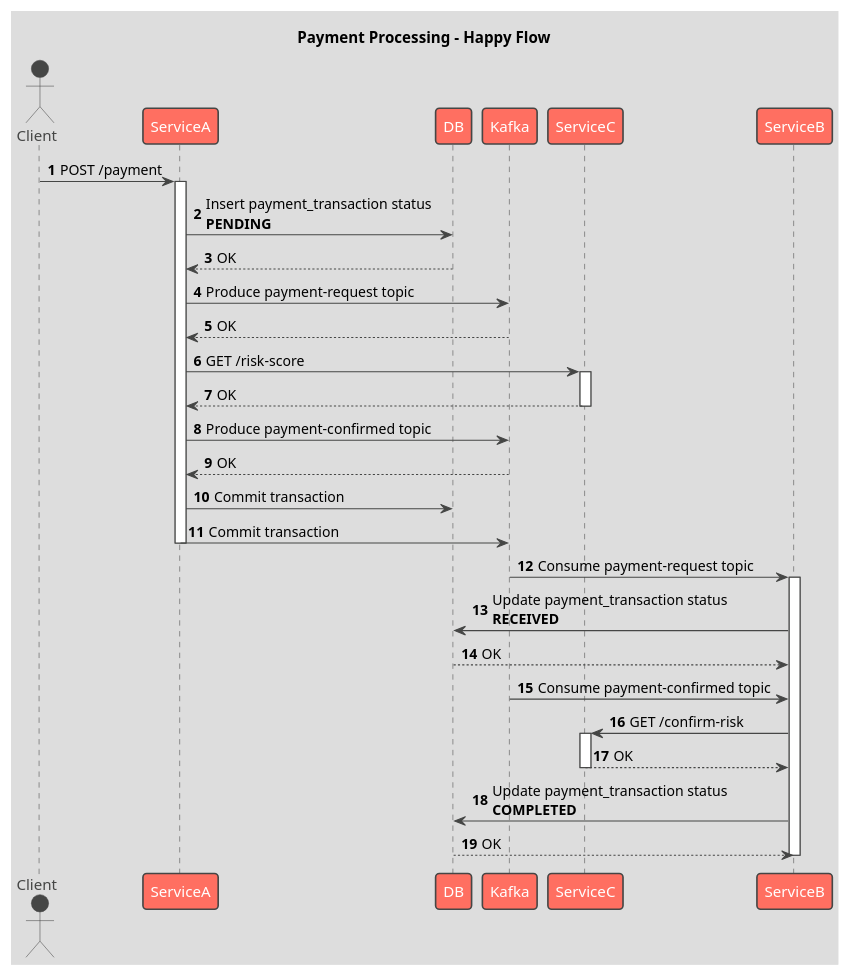
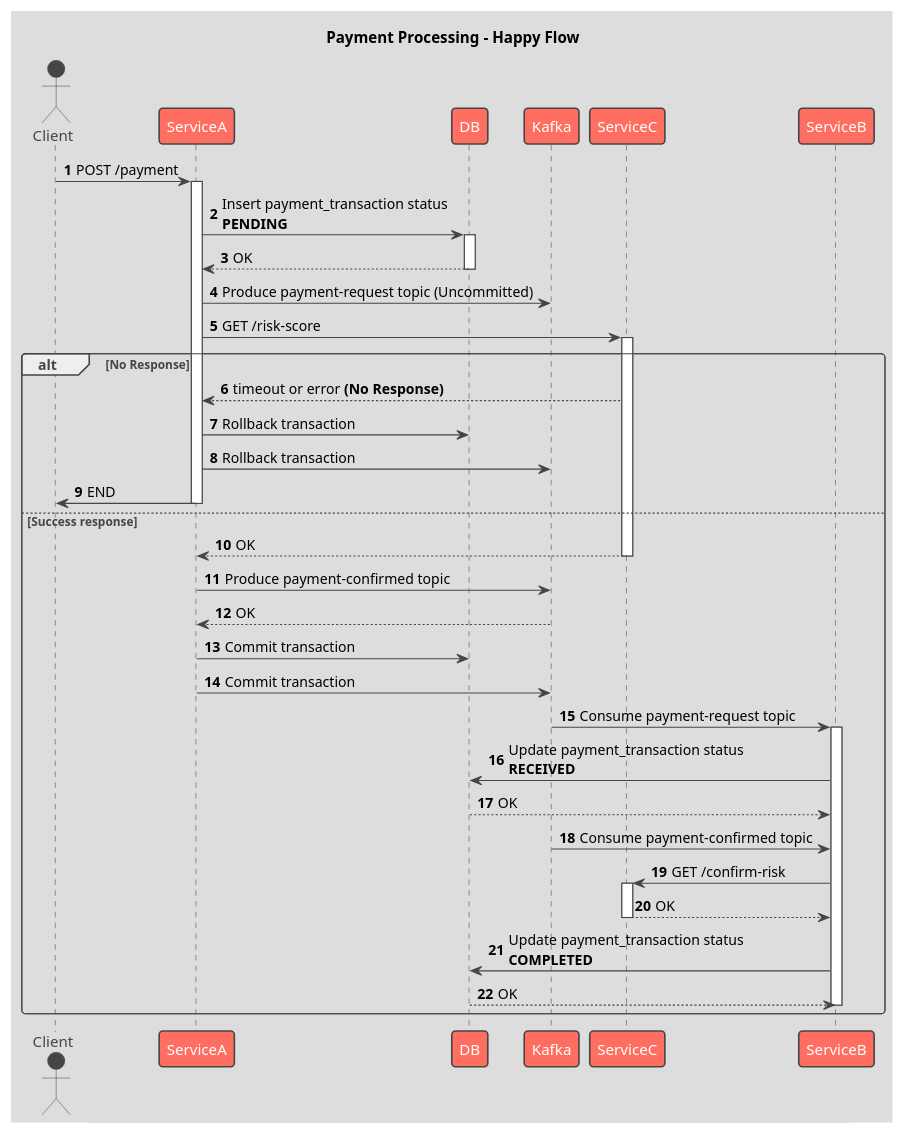
The diagram in library-service-producer/src/main/resources/happy-flow.plantuml (norulshahlam/spring-boot-kafka-tutorials), drawn with PlantUML before and after one commit.

Commit message:
transactions in db

```diff
--- a/library-service-producer/src/main/resources/happy-flow.plantuml
+++ b/library-service-producer/src/main/resources/happy-flow.plantuml
@@ -1,43 +1,50 @@
 @startuml
 !theme toy
 title Payment Processing - Happy Flow
 autonumber
 actor Client
 
 Client -> ServiceA: POST /payment
 activate ServiceA
 
-ServiceA -> DB: Insert payment_transaction status \n<b>PENDING</b>
-DB --> ServiceA: OK
+ServiceA -> DB++: Insert payment_transaction status \n<b>PENDING</b>
+DB --> ServiceA--: OK
 
-ServiceA -> Kafka: Produce payment-request topic
-Kafka --> ServiceA: OK
+ServiceA -> Kafka: Produce payment-request topic (Uncommitted)
 
 ServiceA -> ServiceC: GET /risk-score
-activate ServiceC
-ServiceC --> ServiceA: OK
-deactivate ServiceC
+alt No Response
+    activate ServiceC
+    ServiceC --> ServiceA: timeout or error <b>(No Response)</b>
+    ServiceA -> DB: Rollback transaction
+    ServiceA -> Kafka: Rollback transaction
+    ServiceA -> Client: END
+    deactivate ServiceA
+else Success response
+    ServiceC --> ServiceA: OK
+    deactivate ServiceC
 
-ServiceA -> Kafka: Produce payment-confirmed topic
-Kafka --> ServiceA: OK
+    ServiceA -> Kafka: Produce payment-confirmed topic
+    Kafka --> ServiceA: OK
 
-ServiceA -> DB: Commit transaction
-ServiceA -> Kafka: Commit transaction
-deactivate ServiceA
+    ServiceA -> DB: Commit transaction
+    ServiceA -> Kafka: Commit transaction
+    deactivate ServiceA
 
-Kafka -> ServiceB: Consume payment-request topic
-activate ServiceB
-ServiceB -> DB: Update payment_transaction status \n<b>RECEIVED</b>
-DB --> ServiceB: OK
+    Kafka -> ServiceB: Consume payment-request topic
+    activate ServiceB
+    ServiceB -> DB: Update payment_transaction status \n<b>RECEIVED</b>
+    DB --> ServiceB: OK
 
-Kafka -> ServiceB: Consume payment-confirmed topic
-ServiceB -> ServiceC: GET /confirm-risk
-activate ServiceC
-ServiceC --> ServiceB: OK
-deactivate ServiceC
+    Kafka -> ServiceB: Consume payment-confirmed topic
+    ServiceB -> ServiceC: GET /confirm-risk
+    activate ServiceC
+    ServiceC --> ServiceB: OK
+    deactivate ServiceC
 
-ServiceB -> DB: Update payment_transaction status \n<b>COMPLETED</b>
-DB --> ServiceB: OK
-deactivate ServiceB
+    ServiceB -> DB: Update payment_transaction status \n<b>COMPLETED</b>
+    DB --> ServiceB: OK
+    deactivate ServiceB
 
+end
 @enduml
```
